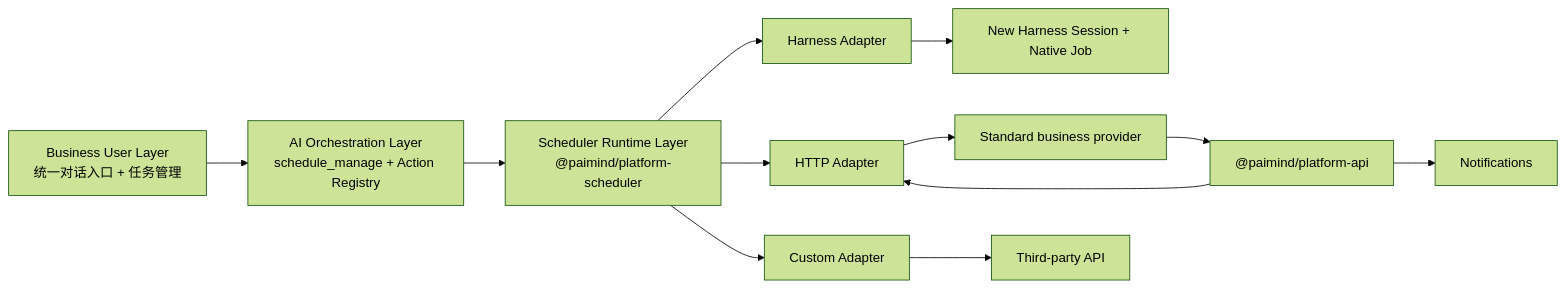
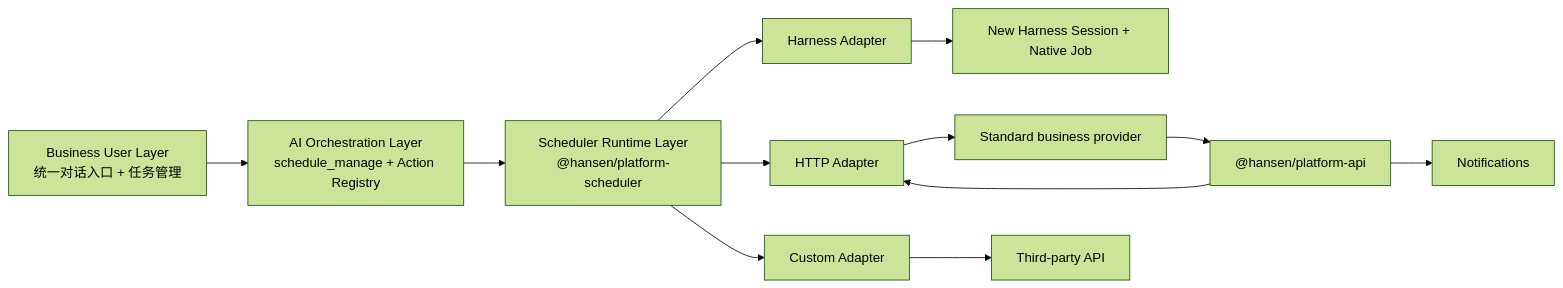
The diagram in docs/architecture/platform-scheduler.md (Hanyan179/paimind-harness-plugins), drawn with Mermaid (forest theme) before and after one commit. The commit also changed other lines of this file and 364 other files, not shown here.

````diff
--- a/docs/architecture/platform-scheduler.md
+++ b/docs/architecture/platform-scheduler.md
@@ -9,14 +9,14 @@
 ```mermaid
 flowchart LR
   UI["Business User Layer<br/>统一对话入口 + 任务管理"] --> AO["AI Orchestration Layer<br/>schedule_manage + Action Registry"]
-  AO --> Core["Scheduler Runtime Layer<br/>@paimind/platform-scheduler"]
-  API["@paimind/platform-api"] --> HTTP["HTTP Adapter"]
+  AO --> Core["Scheduler Runtime Layer<br/>@hansen/platform-scheduler"]
+  API["@hansen/platform-api"] --> HTTP["HTTP Adapter"]
   Core --> HA["Harness Adapter"]
   Core --> HTTP
   Core --> CA["Custom Adapter"]
   HA --> H["New Harness Session + Native Job"]
   HTTP --> B["Standard business provider"]
   CA --> T["Third-party API"]
   B --> API
   API --> N["Notifications"]
 ```
````
